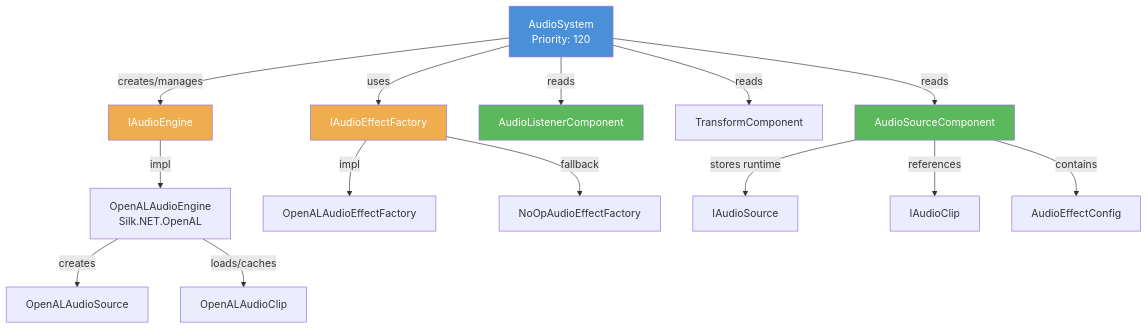
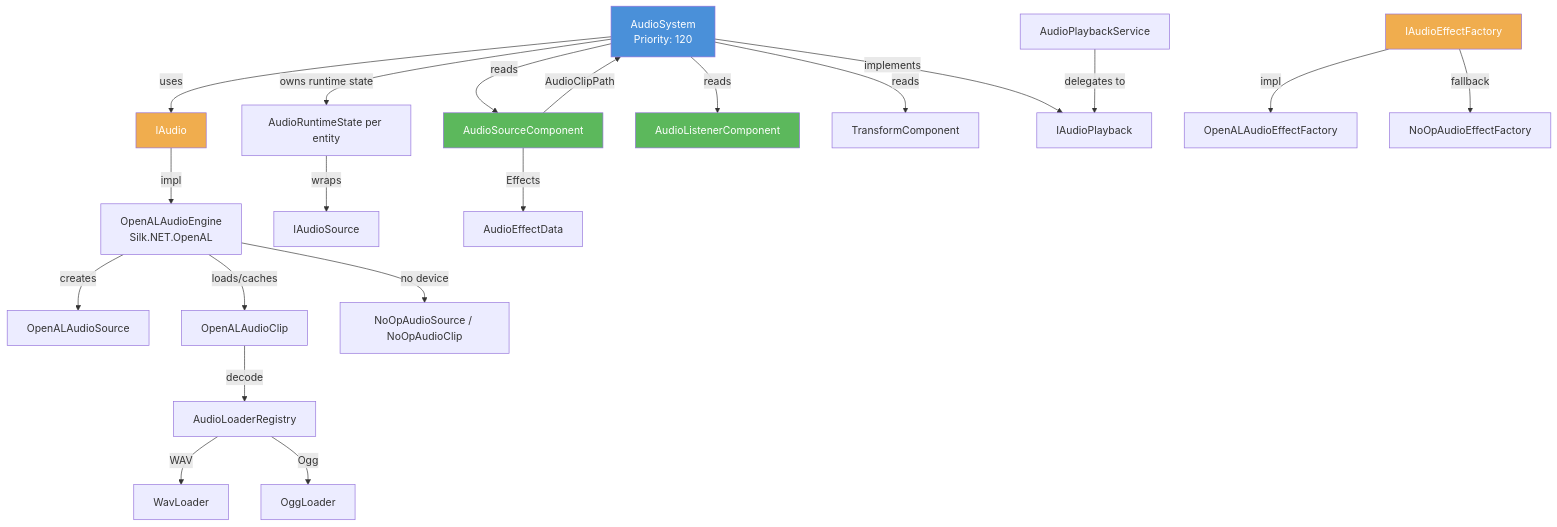
The first of 2 diagrams in docs/architecture/audio-system.md (kateusz/GameEngine), drawn with Mermaid before and after one commit. The commit also changed other lines of this file and 2 other files, not shown here.

Commit message:
update audio docs

````diff
--- a/docs/architecture/audio-system.md
+++ b/docs/architecture/audio-system.md
@@ -7,25 +9,32 @@
 ```mermaid
 graph TD
-    AS[AudioSystem<br/>Priority: 120] -->|creates/manages| IAE[IAudioEngine]
+    AS[AudioSystem<br/>Priority: 120] -->|owns runtime state| RS[AudioRuntimeState per entity]
+    AS -->|uses| IA[IAudio]
     AS -->|reads| ASC[AudioSourceComponent]
     AS -->|reads| ALC[AudioListenerComponent]
     AS -->|reads| TC[TransformComponent]
-    AS -->|uses| IAEF[IAudioEffectFactory]
+    AS -->|implements| IAP[IAudioPlayback]
+    APS[AudioPlaybackService] -->|delegates to| IAP
 
-    IAE -->|impl| OALE[OpenALAudioEngine<br/>Silk.NET.OpenAL]
-    IAEF -->|impl| OALEF[OpenALAudioEffectFactory]
-    IAEF -->|fallback| NoOp[NoOpAudioEffectFactory]
+    IA -->|impl| OALE[OpenALAudioEngine<br/>Silk.NET.OpenAL]
+    IAEF[IAudioEffectFactory] -->|impl| OALEF[OpenALAudioEffectFactory]
+    IAEF -->|fallback| NoOpEF[NoOpAudioEffectFactory]
 
     OALE -->|creates| OALS[OpenALAudioSource]
     OALE -->|loads/caches| OALC[OpenALAudioClip]
+    OALE -->|no device| NoOp[NoOpAudioSource / NoOpAudioClip]
 
-    ASC -->|stores runtime| IAS[IAudioSource]
-    ASC -->|references| IAC[IAudioClip]
-    ASC -->|contains| AEC[AudioEffectConfig]
+    ALR[AudioLoaderRegistry] -->|WAV| Wav[WavLoader]
+    ALR -->|Ogg| Ogg[OggLoader]
+    OALC -->|decode| ALR
+
+    RS -->|wraps| IAS[IAudioSource]
+    ASC -->|AudioClipPath| AS
+    ASC -->|Effects| AED[AudioEffectData]
 
     style AS fill:#4a90d9,color:#fff
     style ASC fill:#5cb85c,color:#fff
     style ALC fill:#5cb85c,color:#fff
-    style IAE fill:#f0ad4e,color:#fff
+    style IA fill:#f0ad4e,color:#fff
     style IAEF fill:#f0ad4e,color:#fff
 ```
````
